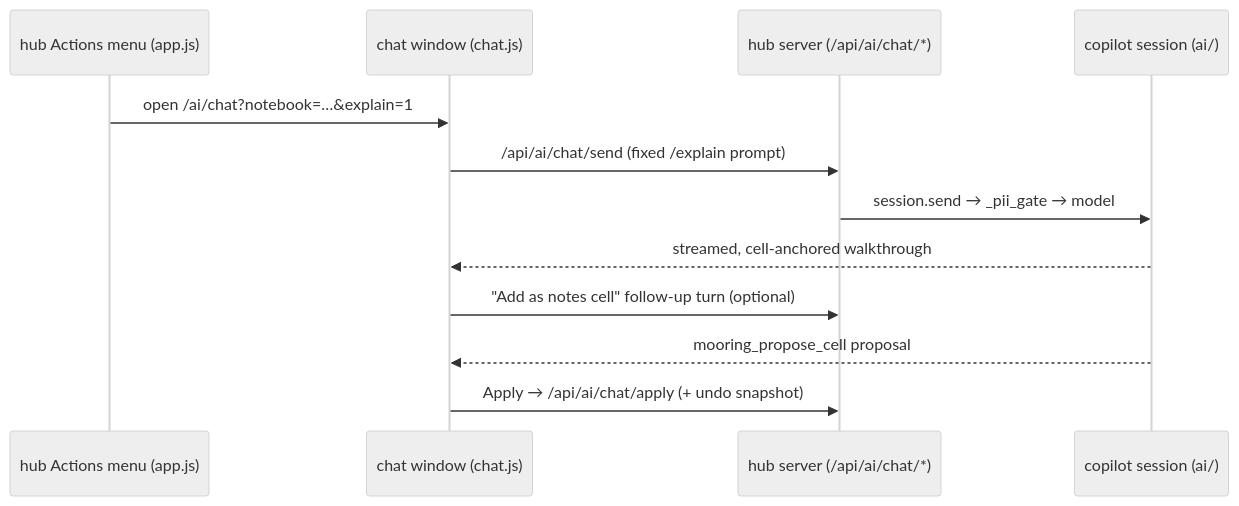
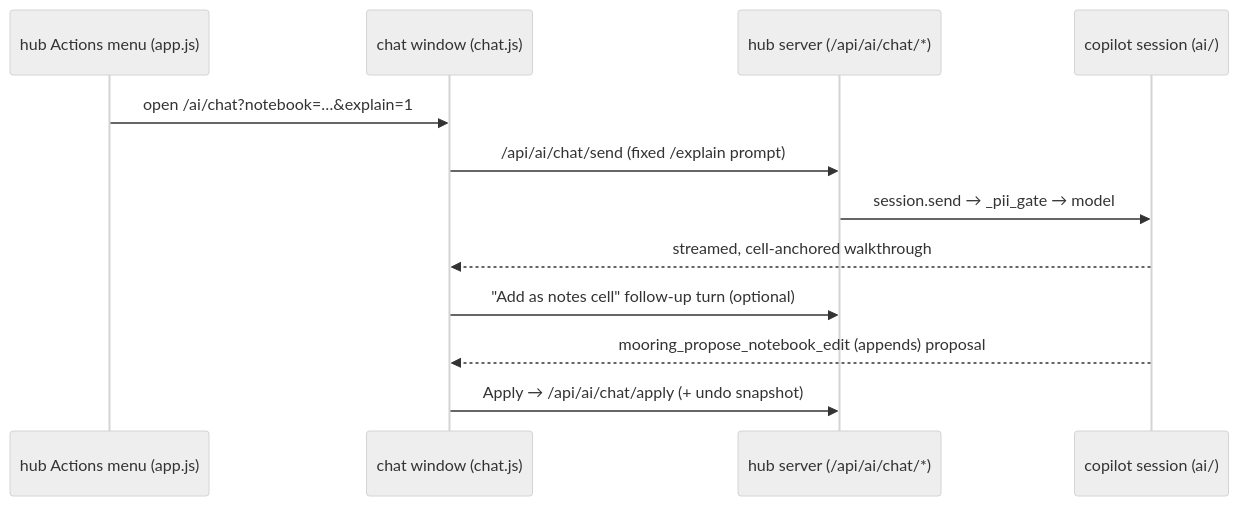
Before and after one commit to OpenAfterHours/mooring: the diagram in docs/developers/roadmap/handover-explainer.md, drawn with Mermaid (neutral theme). The commit also changed other lines of this file and 11 other files, not shown here.

First line of the commit message:
feat(ai): one propose tool, and the model must say which cell it is editing

````diff
--- a/docs/developers/roadmap/handover-explainer.md
+++ b/docs/developers/roadmap/handover-explainer.md
@@ -110,14 +110,14 @@
 ```mermaid
 sequenceDiagram
     participant Hub as hub Actions menu (app.js)
     participant Chat as chat window (chat.js)
     participant Srv as hub server (/api/ai/chat/*)
     participant AI as copilot session (ai/)
     Hub->>Chat: open /ai/chat?notebook=…&explain=1
     Chat->>Srv: /api/ai/chat/send (fixed /explain prompt)
     Srv->>AI: session.send → _pii_gate → model
     AI-->>Chat: streamed, cell-anchored walkthrough
     Chat->>Srv: "Add as notes cell" follow-up turn (optional)
-    AI-->>Chat: mooring_propose_cell proposal
+    AI-->>Chat: mooring_propose_notebook_edit (appends) proposal
     Chat->>Srv: Apply → /api/ai/chat/apply (+ undo snapshot)
 ```
````
